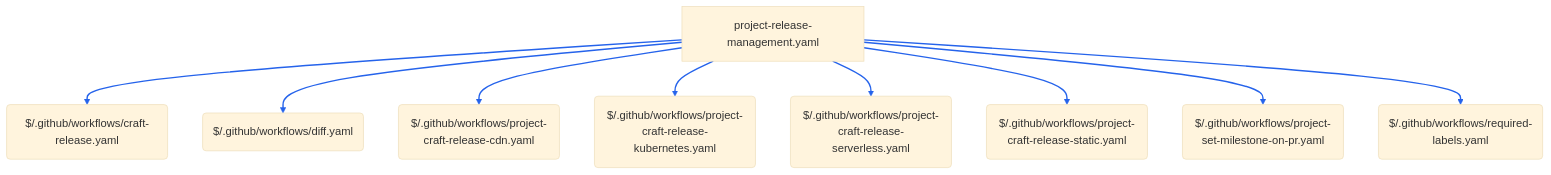
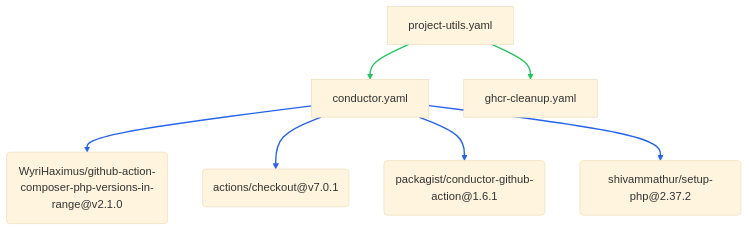
The sixth of 6 diagrams in README.md (WyriHaximus/github-workflows), drawn with Mermaid (base theme) before and after one commit. The commit also changed other lines of this file and 1 other file, not shown here.

Commit message:
Fix workflow diagram generation

````diff
--- a/README.md
+++ b/README.md
@@ -540,13 +871,18 @@
 ```mermaid
 flowchart TB
-  project_release_management_project_release_management["project-release-management.yaml"] --> project_release_management_a0("$/.github/workflows/craft-release.yaml")
-  project_release_management_project_release_management["project-release-management.yaml"] --> project_release_management_a1("$/.github/workflows/diff.yaml")
-  project_release_management_project_release_management["project-release-management.yaml"] --> project_release_management_a2("$/.github/workflows/project-craft-release-cdn.yaml")
-  project_release_management_project_release_management["project-release-management.yaml"] --> project_release_management_a3("$/.github/workflows/project-craft-release-kubernetes.yaml")
-  project_release_management_project_release_management["project-release-management.yaml"] --> project_release_management_a4("$/.github/workflows/project-craft-release-serverless.yaml")
-  project_release_management_project_release_management["project-release-management.yaml"] --> project_release_management_a5("$/.github/workflows/project-craft-release-static.yaml")
-  project_release_management_project_release_management["project-release-management.yaml"] --> project_release_management_a6("$/.github/workflows/project-set-milestone-on-pr.yaml")
-  project_release_management_project_release_management["project-release-management.yaml"] --> project_release_management_a7("$/.github/workflows/required-labels.yaml")
-  linkStyle 0,1,2,3,4,5,6,7 stroke:#2563eb,stroke-width:2px
-  click project_release_management_project_release_management "https://github.com/WyriHaximus/github-workflows/blob/main/.github/workflows/project-release-management.yaml" _blank
+  project_utils_conductor["conductor.yaml"] --> project_utils_a0("WyriHaximus/github-action-composer-php-versions-in-range@v2.1.0")
+  project_utils_conductor["conductor.yaml"] --> project_utils_a1("actions/checkout@v7.0.1")
+  project_utils_conductor["conductor.yaml"] --> project_utils_a2("packagist/conductor-github-action@1.6.1")
+  project_utils_conductor["conductor.yaml"] --> project_utils_a3("shivammathur/setup-php@2.37.2")
+  project_utils_project_utils["project-utils.yaml"] --> project_utils_conductor["conductor.yaml"]
+  project_utils_project_utils["project-utils.yaml"] --> project_utils_ghcr_cleanup["ghcr-cleanup.yaml"]
+  linkStyle 4,5 stroke:#22c55e,stroke-width:2px
+  linkStyle 0,1,2,3 stroke:#2563eb,stroke-width:2px
+  click project_utils_a0 "https://github.com/WyriHaximus/github-action-composer-php-versions-in-range/releases/tag/v2.1.0" _blank
+  click project_utils_a1 "https://github.com/actions/checkout/releases/tag/v7.0.1" _blank
+  click project_utils_a2 "https://github.com/packagist/conductor-github-action/releases/tag/1.6.1" _blank
+  click project_utils_a3 "https://github.com/shivammathur/setup-php/releases/tag/2.37.2" _blank
+  click project_utils_conductor "https://github.com/WyriHaximus/github-workflows/blob/main/.github/workflows/conductor.yaml" _blank
+  click project_utils_ghcr_cleanup "https://github.com/WyriHaximus/github-workflows/blob/main/.github/workflows/ghcr-cleanup.yaml" _blank
+  click project_utils_project_utils "https://github.com/WyriHaximus/github-workflows/blob/main/.github/workflows/project-utils.yaml" _blank
 ```
````
